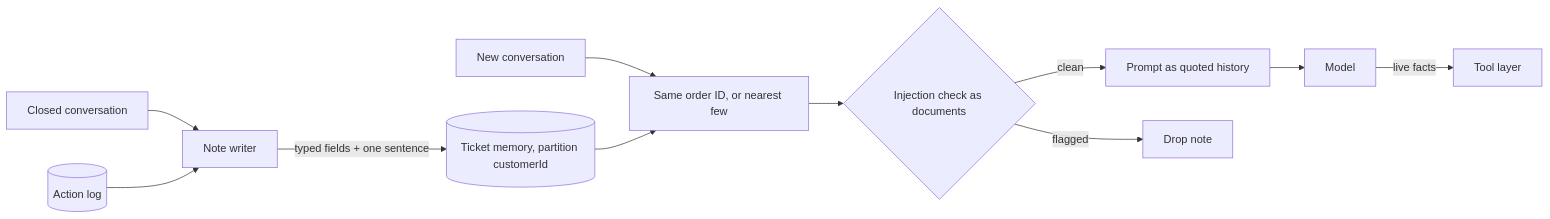
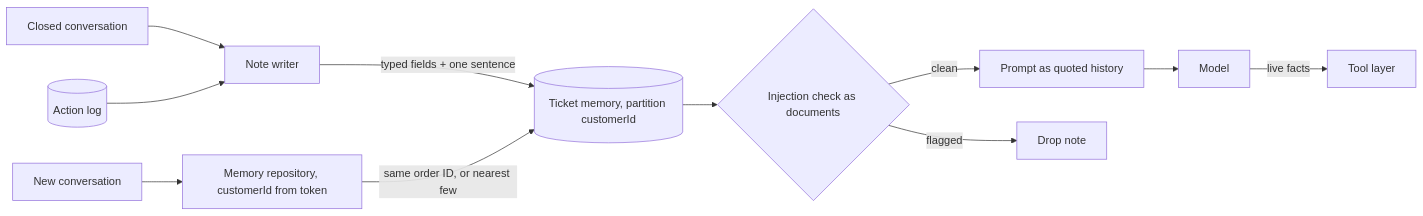
The ninth of 11 diagrams in docs/06-case-studies/customer-support-agent.md (spabolu/system-design-modern), drawn with Mermaid before and after one commit. The commit also changed other lines of this file, not shown here.

Commit message:
Scope support-agent memory in code and fix verifier findings

````diff
--- a/docs/06-case-studies/customer-support-agent.md
+++ b/docs/06-case-studies/customer-support-agent.md
@@ -426,13 +428,13 @@
 ```mermaid
 flowchart LR
   CL["Closed conversation"] --> NW["Note writer"]
   AL[("Action log")] --> NW
   NW -->|"typed fields + one sentence"| MEM[("Ticket memory, partition customerId")]
-  NEW["New conversation"] --> QRY["Same order ID, or nearest few"]
-  MEM --> QRY
-  QRY --> SH{"Injection check as documents"}
+  NEW["New conversation"] --> REPO["Memory repository, customerId from token"]
+  REPO -->|"same order ID, or nearest few"| MEM
+  MEM --> SH{"Injection check as documents"}
   SH -->|clean| P["Prompt as quoted history"]
   SH -->|flagged| DROP["Drop note"]
   P --> M["Model"]
   M -->|"live facts"| T["Tool layer"]
 ```
````
